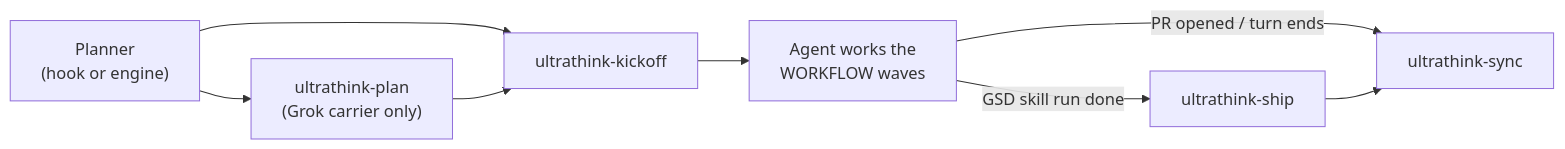
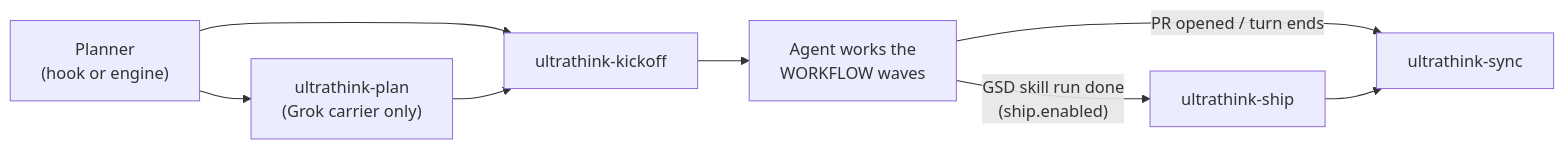
Before and after one commit to swcstudiospace/claude-ultrathink: the eighth of 9 diagrams in docs/architecture.md, drawn with Mermaid. The commit also changed other lines of this file and 102 other files, not shown here.

````diff
--- a/docs/architecture.md
+++ b/docs/architecture.md
@@ -75,10 +377,10 @@
 ```mermaid
 flowchart LR
     P["Planner<br/>(hook or engine)"] --> PL["ultrathink-plan<br/>(Grok carrier only)"]
     P --> K["ultrathink-kickoff"]
     PL --> K
     K --> W["Agent works the<br/>WORKFLOW waves"]
     W -- "PR opened / turn ends" --> S["ultrathink-sync"]
-    W -- "GSD skill run done" --> SH["ultrathink-ship"]
+    W -- "GSD skill run done<br/>(ship.enabled)" --> SH["ultrathink-ship"]
     SH --> S
 ```
````
